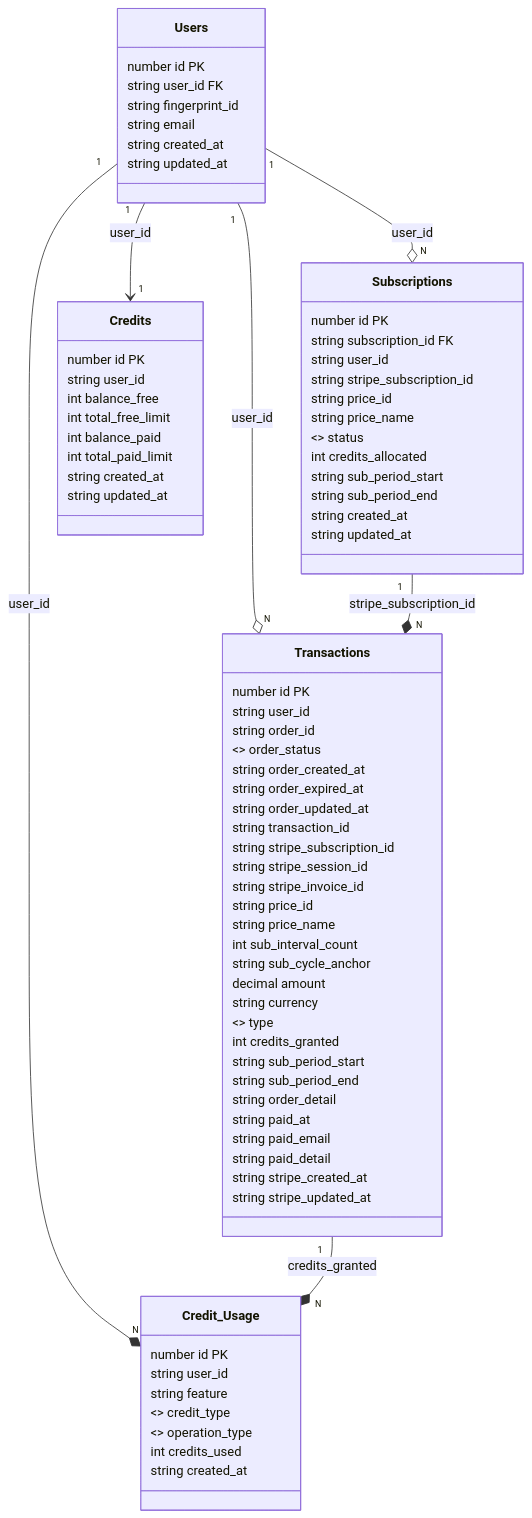
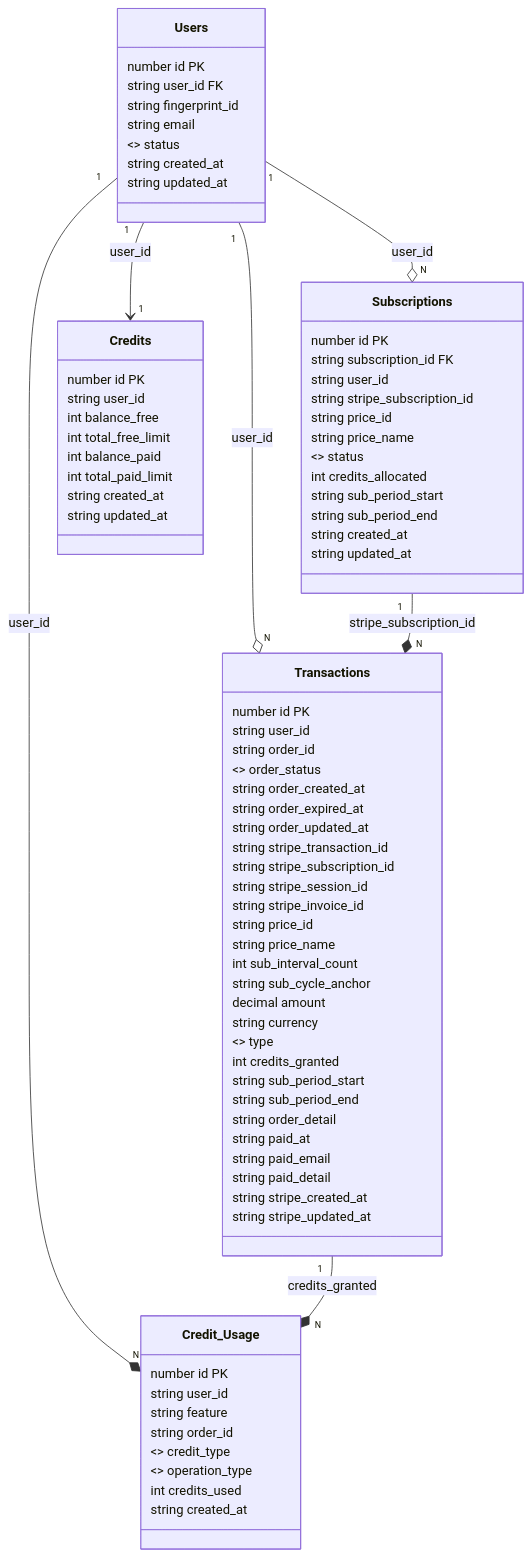
The first of 18 diagrams in docs/PaidDesign-v1.0.md (caofanCPU/diaomao), drawn with Mermaid before and after one commit. The commit also changed other lines of this file and 7 other files, not shown here.

```diff
--- a/docs/PaidDesign-v1.0.md
+++ b/docs/PaidDesign-v1.0.md
@@ -378,6 +380,7 @@
         string user_id FK
         string fingerprint_id
         string email
+        <<enumeration>> status
         string created_at
         string updated_at
     }
@@ -416,7 +419,7 @@
         string order_created_at
         string order_expired_at
         string order_updated_at
-        string transaction_id
+        string stripe_transaction_id
         string stripe_subscription_id
         string stripe_session_id
         string stripe_invoice_id
@@ -442,6 +445,7 @@
         number id PK
         string user_id
         string feature
+        string order_id
         <<enumeration>> credit_type
         <<enumeration>> operation_type
         int credits_used
```
